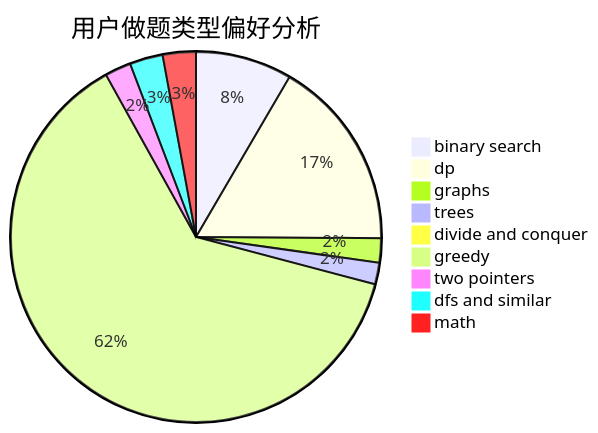
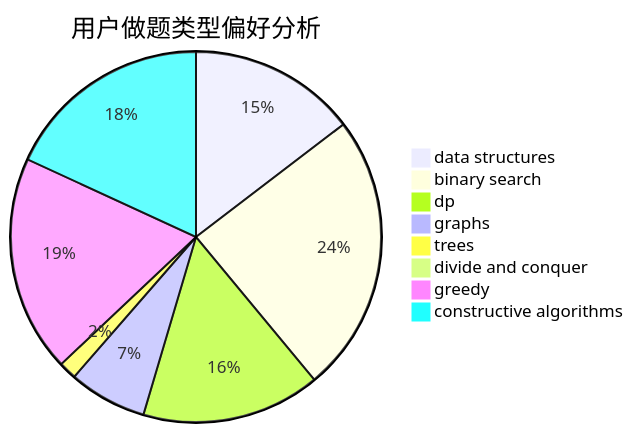
One commit to sherpahu/cfrs.github.io changed the second of 3 diagrams in docs/user/u892.md. Above: the diagram before and after it, drawn with Mermaid. The commit also changed other lines of this file and 2775 other files, not shown here.

````diff
--- a/docs/user/u892.md
+++ b/docs/user/u892.md
@@ -23,12 +23,11 @@
 ```mermaid
 pie title 用户做题类型偏好分析
-    "binary search" :  166
-    "dp" :  329
-    "graphs" :  42
-    "trees" :  37
-    "divide and conquer" :  18
-    "greedy" :  1239
-    "two pointers" :  45
-    "dfs and similar" :  57
-    "math" :  57
+    "data structures" :  75
+    "binary search" :  125
+    "dp" :  80
+    "graphs" :  35
+    "trees" :  8
+    "divide and conquer" :  0
+    "greedy" :  97
+    "constructive algorithms" :  93
 ```
````
